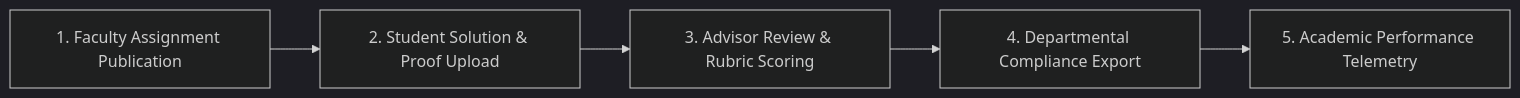
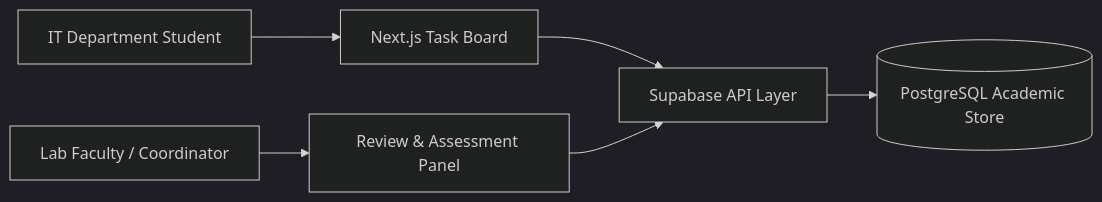
The diagram in README.md (Tharun4743/IT_taskmanager), drawn with Mermaid (dark theme) before and after one commit. The commit also changed other lines of this file and 3 other files, not shown here.

````diff
--- a/README.md
+++ b/README.md
@@ -75,7 +38,8 @@
 ```mermaid
 flowchart LR
-    A["1. Faculty Assignment Publication"] --> B["2. Student Solution & Proof Upload"]
-    B --> C["3. Advisor Review & Rubric Scoring"]
-    C --> D["4. Departmental Compliance Export"]
-    D --> E["5. Academic Performance Telemetry"]
+    Student["IT Department Student"] --> TaskBoard["Next.js Task Board"]
+    TaskBoard --> SupabaseClient["Supabase API Layer"]
+    Faculty["Lab Faculty / Coordinator"] --> ReviewBoard["Review & Assessment Panel"]
+    ReviewBoard --> SupabaseClient
+    SupabaseClient --> DB[("PostgreSQL Academic Store")]
 ```
````
